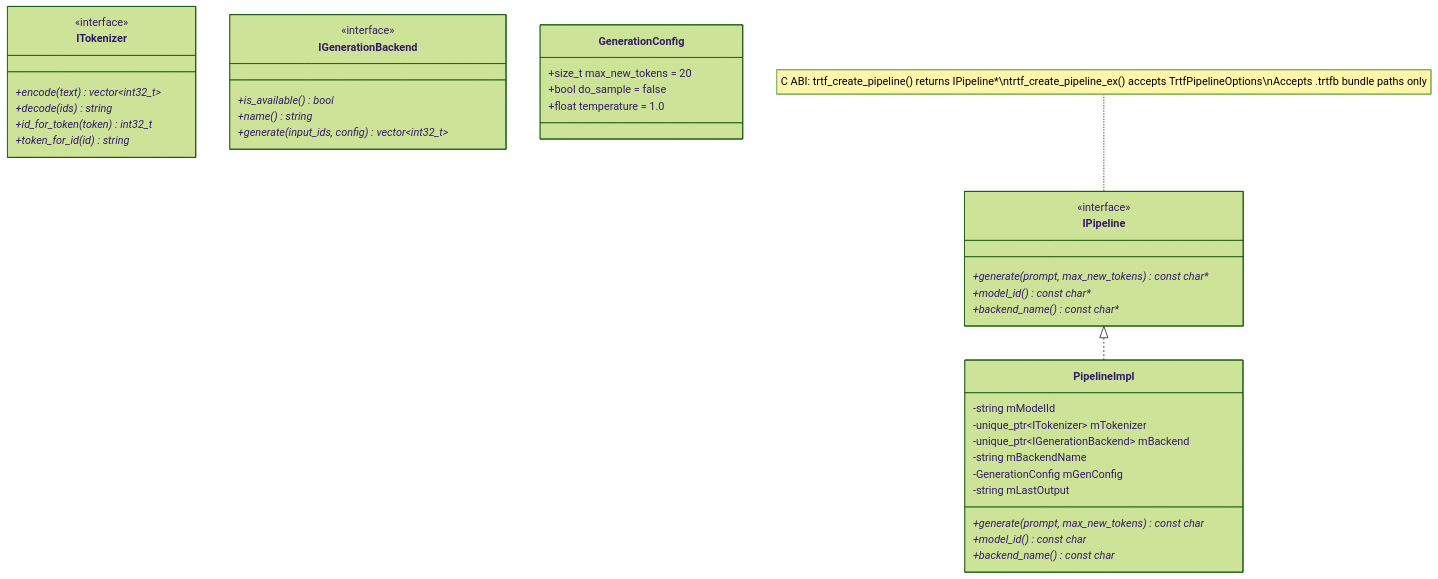
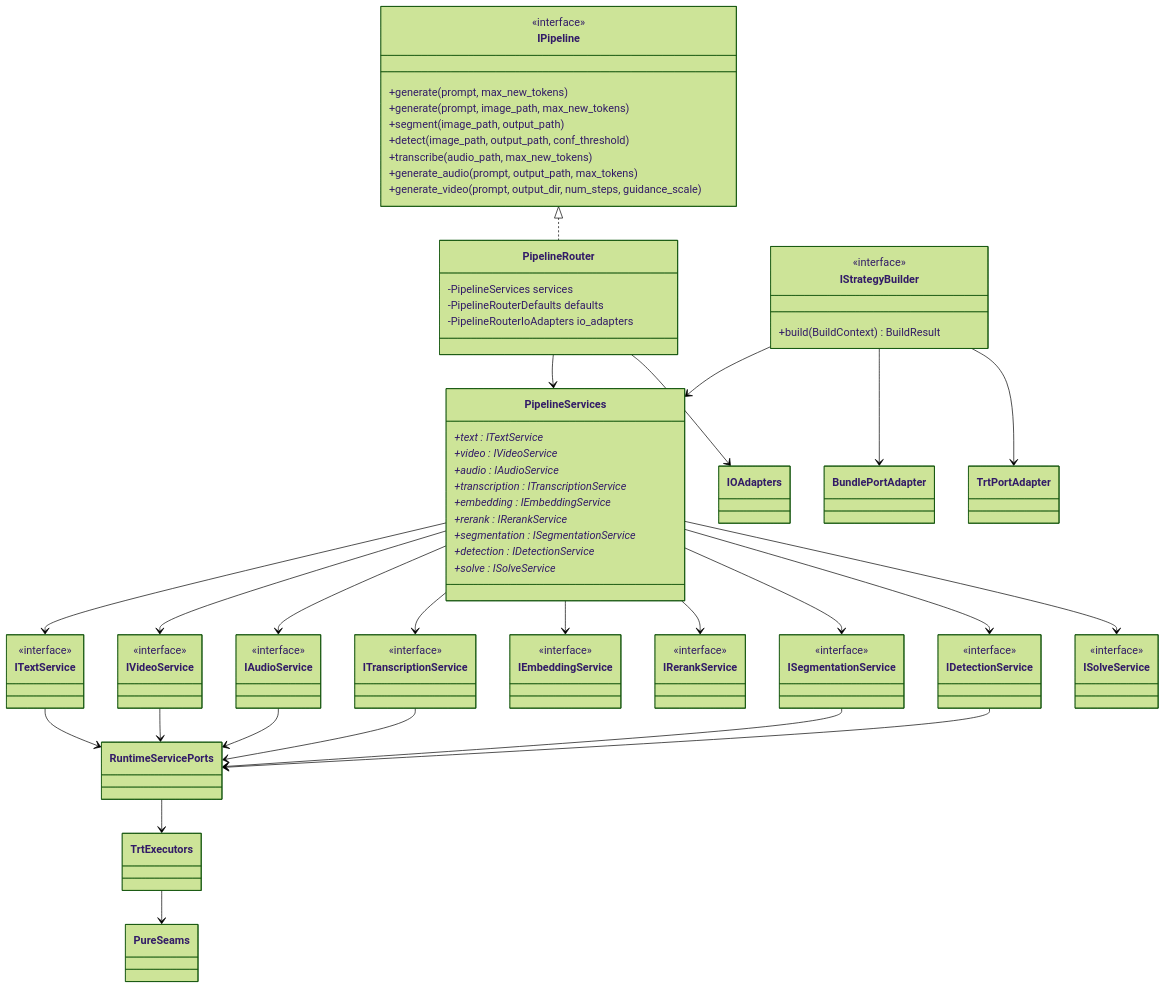
The diagram in docs/wiki/Static-Design.md (AbishekCoder1/TensorRT-Model-Connect), drawn with Mermaid (forest theme) before and after one commit. The commit also changed other lines of this file and 281 other files, not shown here.

````diff
--- a/docs/wiki/Static-Design.md
+++ b/docs/wiki/Static-Design.md
@@ -22,46 +7,95 @@
 ```mermaid
 classDiagram
     class IPipeline {
-        <<interface>>
-        +generate(prompt, max_new_tokens)* const char*
-        +model_id()* const char*
-        +backend_name()* const char*
+      <<interface>>
+      +generate(prompt, max_new_tokens)
+      +generate(prompt, image_path, max_new_tokens)
+      +segment(image_path, output_path)
+      +detect(image_path, output_path, conf_threshold)
+      +transcribe(audio_path, max_new_tokens)
+      +generate_audio(prompt, output_path, max_tokens)
+      +generate_video(prompt, output_dir, num_steps, guidance_scale)
     }
 
-    class PipelineImpl {
-        -string mModelId
-        -unique_ptr~ITokenizer~ mTokenizer
-        -unique_ptr~IGenerationBackend~ mBackend
-        -string mBackendName
-        -GenerationConfig mGenConfig
-        -string mLastOutput
-        +generate(prompt, max_new_tokens) const char*
-        +model_id() const char*
-        +backend_name() const char*
+    class PipelineRouter {
+      -PipelineServices services
+      -PipelineRouterDefaults defaults
+      -PipelineRouterIoAdapters io_adapters
     }
 
-    IPipeline <|.. PipelineImpl
-
-    note for IPipeline "C ABI: trtf_create_pipeline() returns IPipeline*\ntrtf_create_pipeline_ex() accepts TrtfPipelineOptions\nAccepts .trtfb bundle paths only"
-
-    class ITokenizer {
-        <<interface>>
-        +encode(text)* vector~int32_t~
-        +decode(ids)* string
-        +id_for_token(token)* int32_t
-        +token_for_id(id)* string
+    class PipelineServices {
+      +text : ITextService*
+      +video : IVideoService*
+      +audio : IAudioService*
+      +transcription : ITranscriptionService*
+      +embedding : IEmbeddingService*
+      +rerank : IRerankService*
+      +segmentation : ISegmentationService*
+      +detection : IDetectionService*
+      +solve : ISolveService*
     }
 
-    class IGenerationBackend {
-        <<interface>>
-        +is_available()* bool
-        +name()* string
-        +generate(input_ids, config)* vector~int32_t~
+    class IStrategyBuilder {
+      <<interface>>
+      +build(BuildContext) BuildResult
     }
 
-    class GenerationConfig {
-        +size_t max_new_tokens = 20
-        +bool do_sample = false
-        +float temperature = 1.0
+    class ITextService {
+      <<interface>>
     }
+    class IVideoService {
+      <<interface>>
+    }
+    class IAudioService {
+      <<interface>>
+    }
+    class ITranscriptionService {
+      <<interface>>
+    }
+    class IEmbeddingService {
+      <<interface>>
+    }
+    class IRerankService {
+      <<interface>>
+    }
+    class ISegmentationService {
+      <<interface>>
+    }
+    class IDetectionService {
+      <<interface>>
+    }
+    class ISolveService {
+      <<interface>>
+    }
+
+    class BundlePortAdapter
+    class TrtPortAdapter
+    class IOAdapters
+    class RuntimeServicePorts
+    class TrtExecutors
+    class PureSeams
+
+    IPipeline <|.. PipelineRouter
+    PipelineRouter --> PipelineServices
+    IStrategyBuilder --> PipelineServices
+    IStrategyBuilder --> BundlePortAdapter
+    IStrategyBuilder --> TrtPortAdapter
+    PipelineRouter --> IOAdapters
+    PipelineServices --> ITextService
+    PipelineServices --> IVideoService
+    PipelineServices --> IAudioService
+    PipelineServices --> ITranscriptionService
+    PipelineServices --> IEmbeddingService
+    PipelineServices --> IRerankService
+    PipelineServices --> ISegmentationService
+    PipelineServices --> IDetectionService
+    PipelineServices --> ISolveService
+    ITextService --> RuntimeServicePorts
+    IVideoService --> RuntimeServicePorts
+    IAudioService --> RuntimeServicePorts
+    ITranscriptionService --> RuntimeServicePorts
+    ISegmentationService --> RuntimeServicePorts
+    IDetectionService --> RuntimeServicePorts
+    RuntimeServicePorts --> TrtExecutors
+    TrtExecutors --> PureSeams
 ```
````
